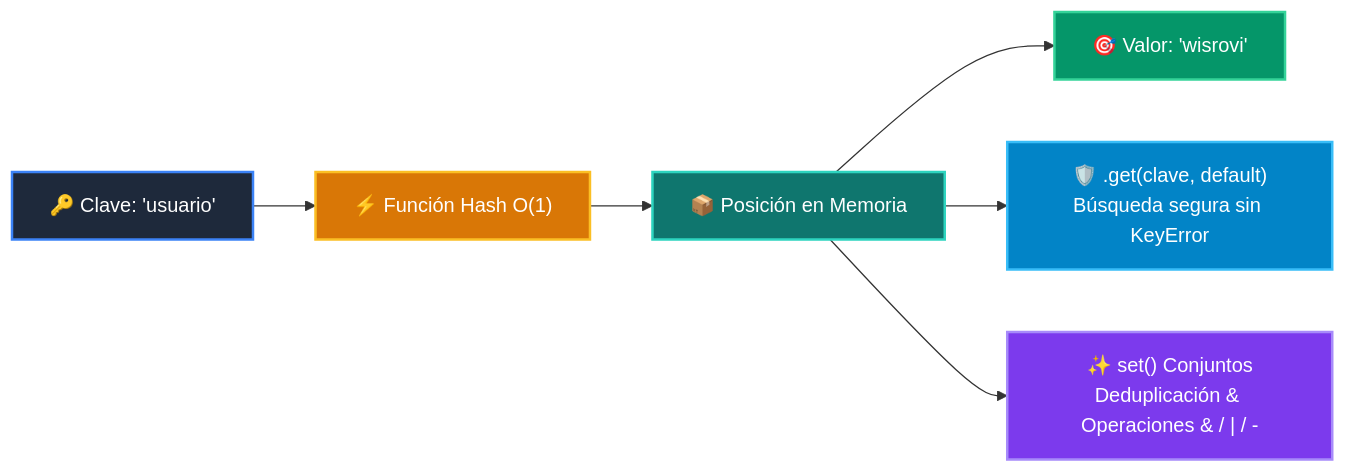
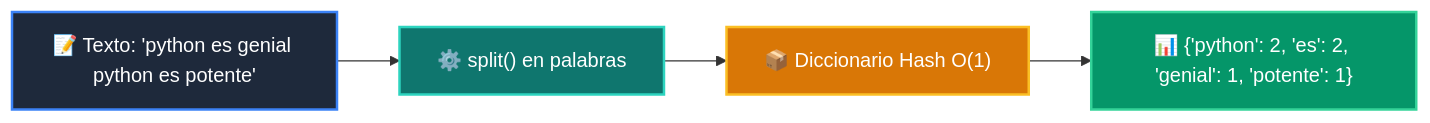
The diagram in docs/curso-01/clase-06.md (wisrovi/wisrovi-python), drawn with Mermaid before and after one commit. The commit also changed other lines of this file and 52 other files, not shown here.

````diff
--- a/docs/curso-01/clase-06.md
+++ b/docs/curso-01/clase-06.md
@@ -38,15 +36,10 @@
 ```mermaid
 flowchart LR
-    KEY["🔑 Clave: 'usuario'"] --> HASH["⚡ Función Hash O(1)"]
-    HASH --> BUCKET["📦 Posición en Memoria"]
-    BUCKET --> VAL["🎯 Valor: 'wisrovi'"]
-    BUCKET --> GET["🛡️ .get(clave, default)<br/>Búsqueda segura sin KeyError"]
-    BUCKET --> SET["✨ set() Conjuntos<br/>Deduplicación & Operaciones & / | / -"]
-
-    style KEY fill:#1e293b,color:#ffffff,stroke:#3b82f6,stroke-width:2px
-    style HASH fill:#d97706,color:#ffffff,stroke:#fbbf24,stroke-width:2px
-    style BUCKET fill:#0f766e,color:#ffffff,stroke:#2dd4bf,stroke-width:2px
-    style VAL fill:#059669,color:#ffffff,stroke:#34d399,stroke-width:2px
-    style GET fill:#0284c7,color:#ffffff,stroke:#38bdf8,stroke-width:2px
-    style SET fill:#7c3aed,color:#ffffff,stroke:#a78bfa,stroke-width:2px
+    A["📝 Texto: 'python es genial python es potente'"] --> B["⚙️ split() en palabras"]
+    B --> C["📦 Diccionario Hash O(1)"]
+    C --> D["📊 {'python': 2, 'es': 2, 'genial': 1, 'potente': 1}"]
+    style A fill:#1e293b,color:#ffffff,stroke:#3b82f6,stroke-width:2px
+    style B fill:#0f766e,color:#ffffff,stroke:#2dd4bf,stroke-width:2px
+    style C fill:#d97706,color:#ffffff,stroke:#fbbf24,stroke-width:2px
+    style D fill:#059669,color:#ffffff,stroke:#34d399,stroke-width:2px
 ```
````
